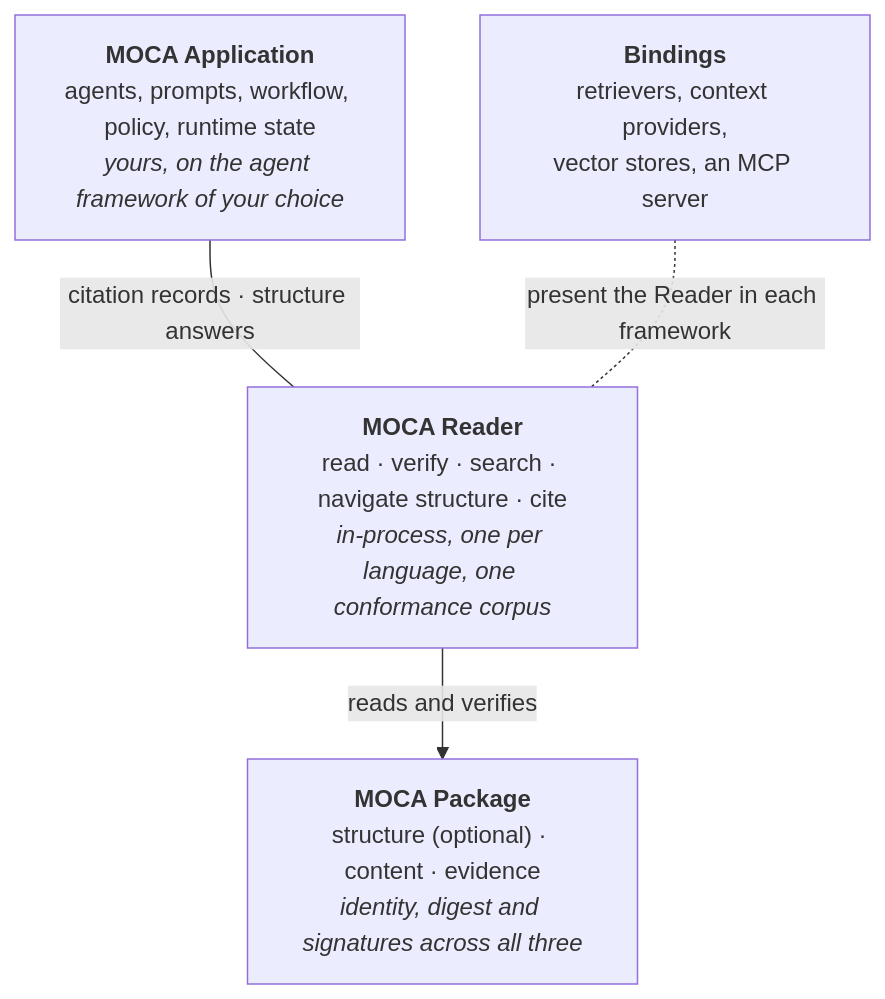
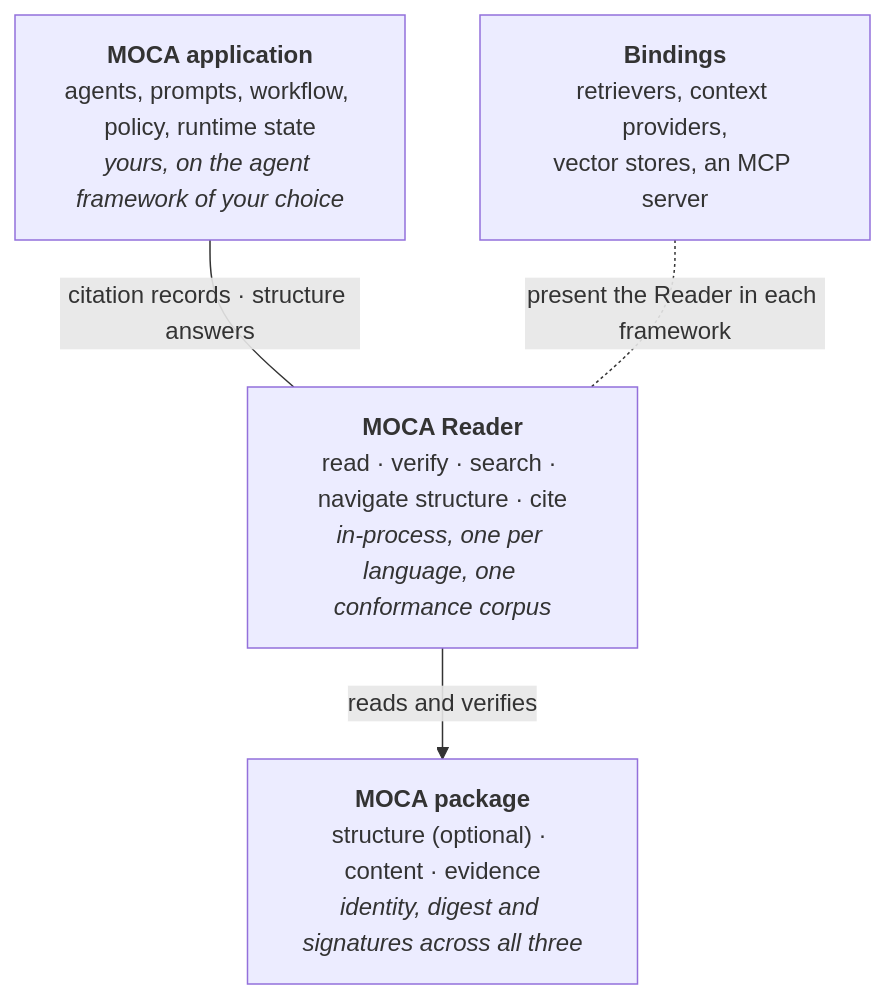
Before and after one commit to openmoca/moca-spec: the first of 5 diagrams in docs/architecture.md, drawn with Mermaid. The commit also changed 8 other files, not shown here.

First line of the commit message:
Docs: one name for the demo; MOCA package in lower case

````diff
--- a/docs/architecture.md
+++ b/docs/architecture.md
@@ -6,10 +6,10 @@
 ```mermaid
 flowchart TB
-  app["<b>MOCA Application</b><br/>agents, prompts, workflow, policy, runtime state<br/><i>yours, on the agent framework of your choice</i>"]
+  app["<b>MOCA application</b><br/>agents, prompts, workflow, policy, runtime state<br/><i>yours, on the agent framework of your choice</i>"]
   reader["<b>MOCA Reader</b><br/>read · verify · search · navigate structure · cite<br/><i>in-process, one per language, one conformance corpus</i>"]
-  pkg["<b>MOCA Package</b><br/>structure (optional) · content · evidence<br/><i>identity, digest and signatures across all three</i>"]
+  pkg["<b>MOCA package</b><br/>structure (optional) · content · evidence<br/><i>identity, digest and signatures across all three</i>"]
   bind["<b>Bindings</b><br/>retrievers, context providers,<br/>vector stores, an MCP server"]
   app -- "citation records · structure answers" --- reader
   bind -. "present the Reader in each framework" .- reader
   reader -- "reads and verifies" --> pkg
 ```
````
